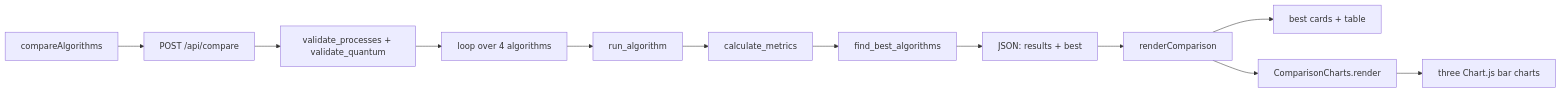
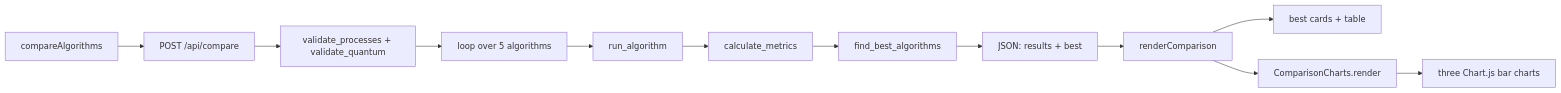
Before and after one commit to RAJANDESHWAL/cpu-scheduling-simulator: the second of 10 diagrams in docs/CODE_WALKTHROUGH.md, drawn with Mermaid. The commit also changed other lines of this file and 11 other files, not shown here.

````diff
--- a/docs/CODE_WALKTHROUGH.md
+++ b/docs/CODE_WALKTHROUGH.md
@@ -249,14 +250,14 @@
 ```mermaid
 flowchart LR
     A[compareAlgorithms] --> B[POST /api/compare]
     B --> C[validate_processes + validate_quantum]
-    C --> D[loop over 4 algorithms]
+    C --> D[loop over 5 algorithms]
     D --> E[run_algorithm]
     E --> F[calculate_metrics]
     F --> G[find_best_algorithms]
     G --> H[JSON: results + best]
     H --> I[renderComparison]
     I --> J[best cards + table]
     I --> K[ComparisonCharts.render]
     K --> L[three Chart.js bar charts]
 ```
````
